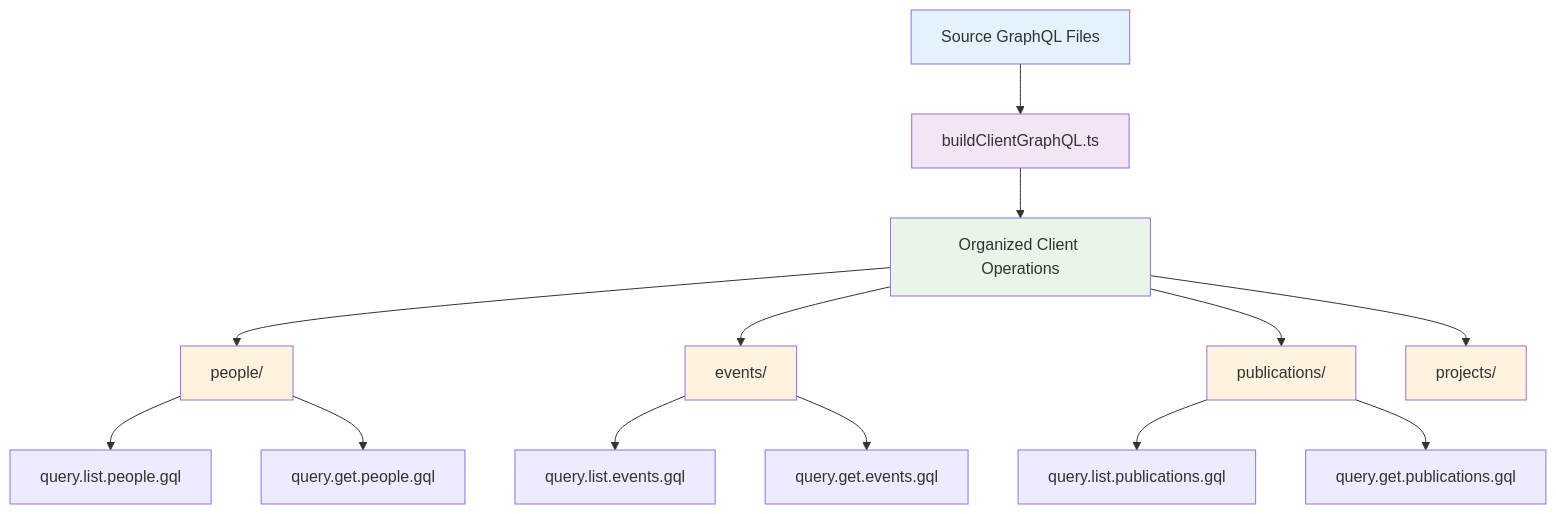
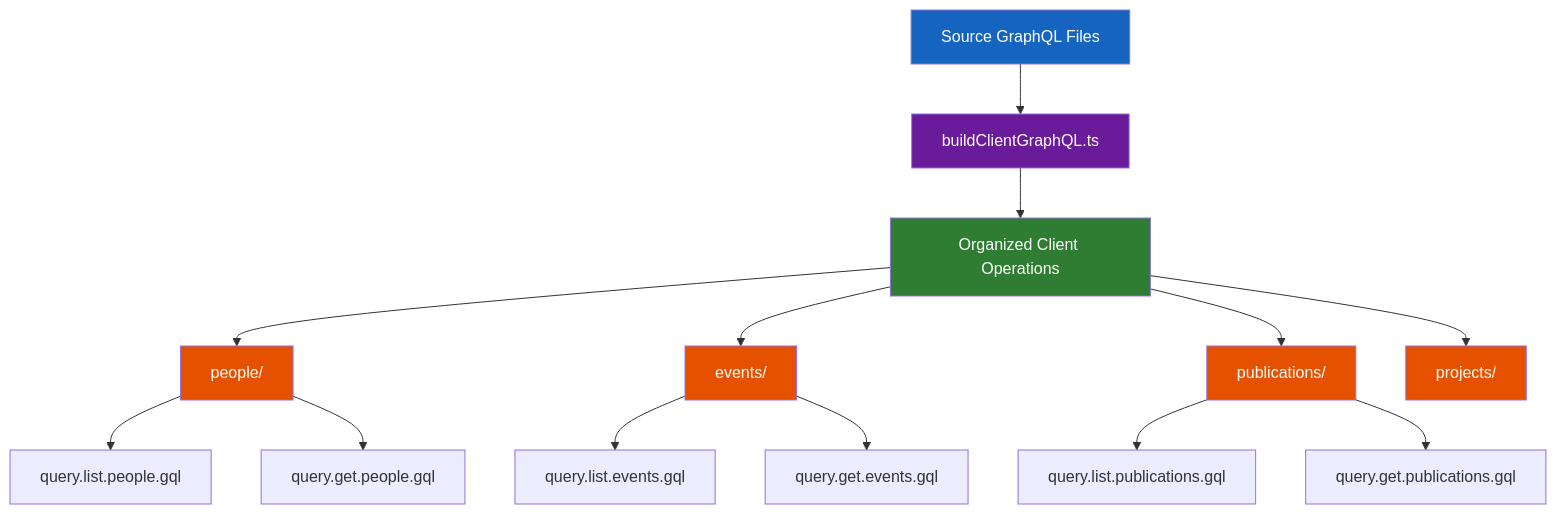
The sixth of 6 diagrams in DOCUMENTATION.md (IEA-Paris/trees), drawn with Mermaid before and after one commit. The commit also changed other lines of this file and 2 other files, not shown here.

````diff
--- a/DOCUMENTATION.md
+++ b/DOCUMENTATION.md
@@ -228,27 +288,27 @@
 ```mermaid
 graph TD
     A[Source GraphQL Files] --> B[buildClientGraphQL.ts]
     B --> C[Organized Client Operations]
-    
+
     C --> D[people/]
     C --> E[events/]
     C --> F[publications/]
     C --> G[projects/]
-    
+
     D --> D1[query.list.people.gql]
     D --> D2[query.get.people.gql]
-    
+
     E --> E1[query.list.events.gql]
     E --> E2[query.get.events.gql]
-    
+
     F --> F1[query.list.publications.gql]
     F --> F2[query.get.publications.gql]
-    
-    style A fill:#e3f2fd
-    style B fill:#f3e5f5
-    style C fill:#e8f5e8
-    style D fill:#fff3e0
-    style E fill:#fff3e0
-    style F fill:#fff3e0
-    style G fill:#fff3e0
+
+    style A fill:#1565c0,color:#fff
+    style B fill:#6a1b9a,color:#fff
+    style C fill:#2e7d32,color:#fff
+    style D fill:#e65100,color:#fff
+    style E fill:#e65100,color:#fff
+    style F fill:#e65100,color:#fff
+    style G fill:#e65100,color:#fff
 ```
````
